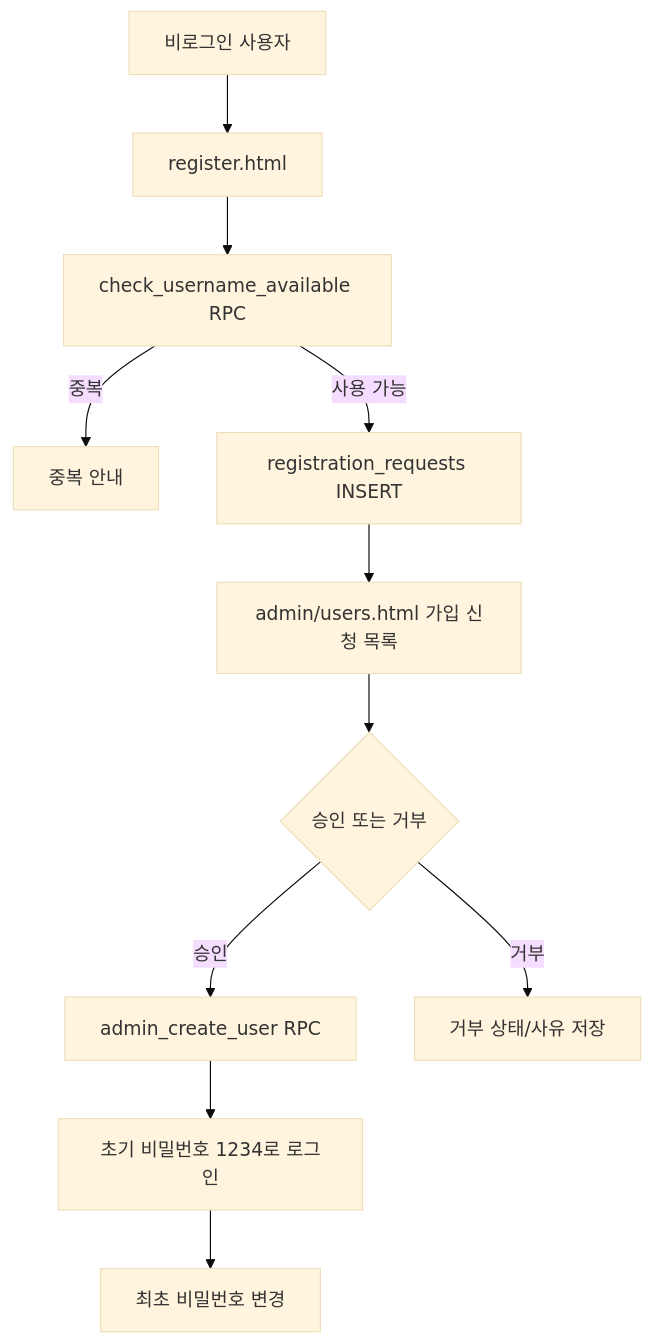
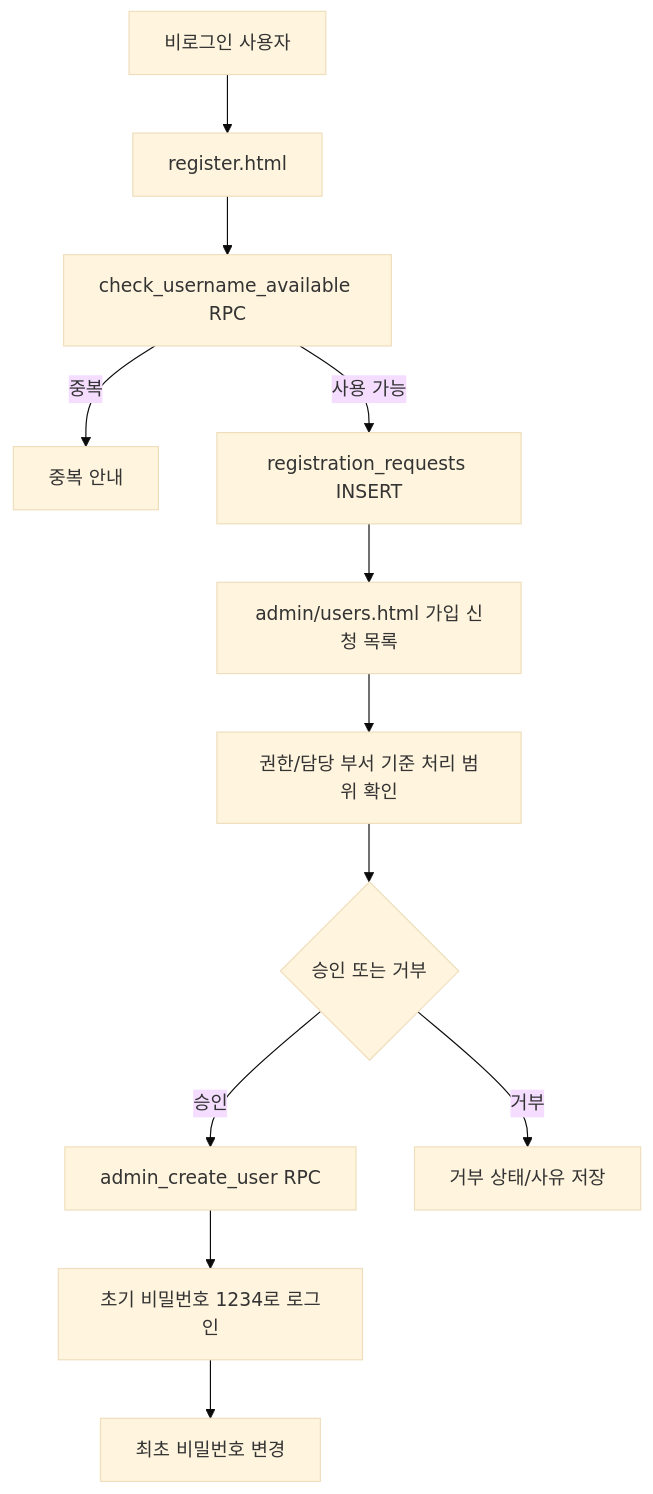
One commit to CHO-Talents/CHO-Talents changed the fourth of 11 diagrams in docs/PROJECT_ARCHITECTURE_FLOW.md. Above: the diagram before and after it, drawn with Mermaid (base theme). The commit also changed other lines of this file and 2 other files, not shown here.

````diff
--- a/docs/PROJECT_ARCHITECTURE_FLOW.md
+++ b/docs/PROJECT_ARCHITECTURE_FLOW.md
@@ -162,13 +184,14 @@
 ```mermaid
 flowchart TD
   Guest["비로그인 사용자"] --> Register["register.html"]
   Register --> Check["check_username_available RPC"]
   Check -->|중복| Duplicate["중복 안내"]
   Check -->|사용 가능| Submit["registration_requests INSERT"]
   Submit --> AdminReview["admin/users.html 가입 신청 목록"]
-  AdminReview --> Decision{"승인 또는 거부"}
+  AdminReview --> Scope["권한/담당 부서 기준 처리 범위 확인"]
+  Scope --> Decision{"승인 또는 거부"}
   Decision -->|승인| Create["admin_create_user RPC"]
   Decision -->|거부| Reject["거부 상태/사유 저장"]
   Create --> Login["초기 비밀번호 1234로 로그인"]
   Login --> Change["최초 비밀번호 변경"]
 ```
````
